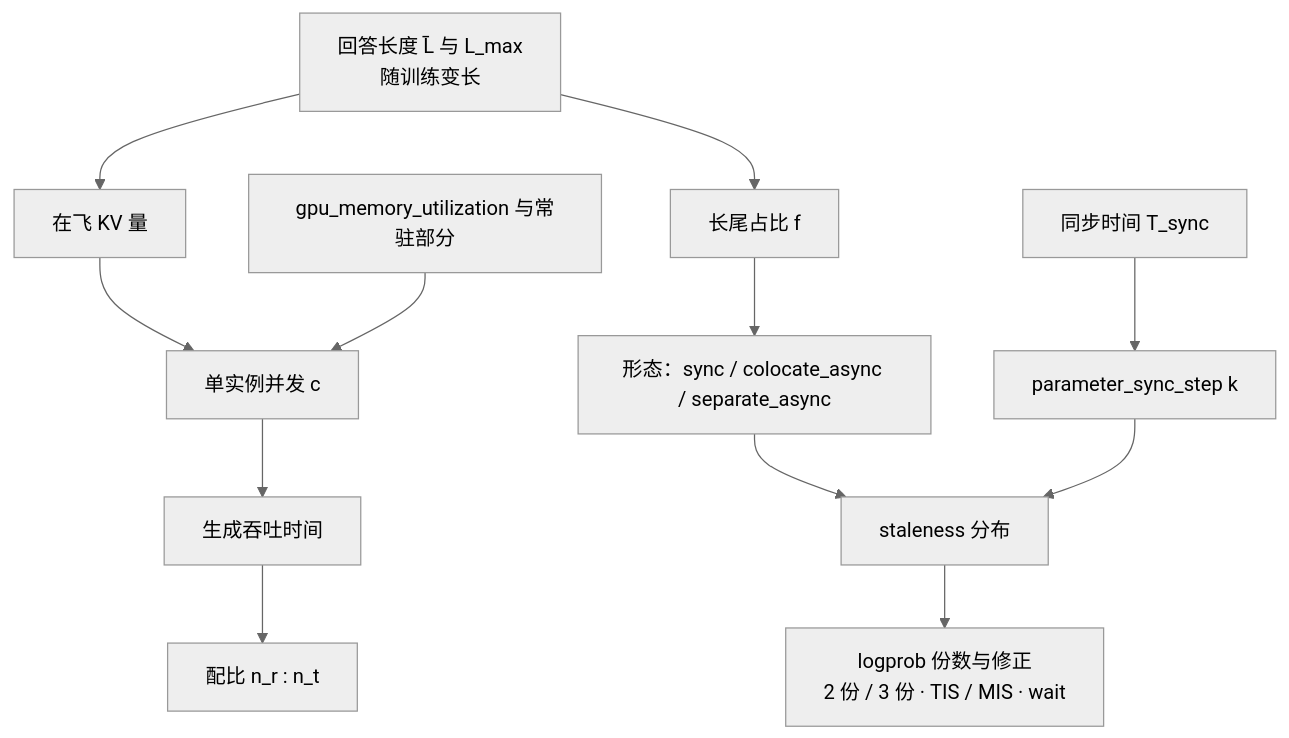
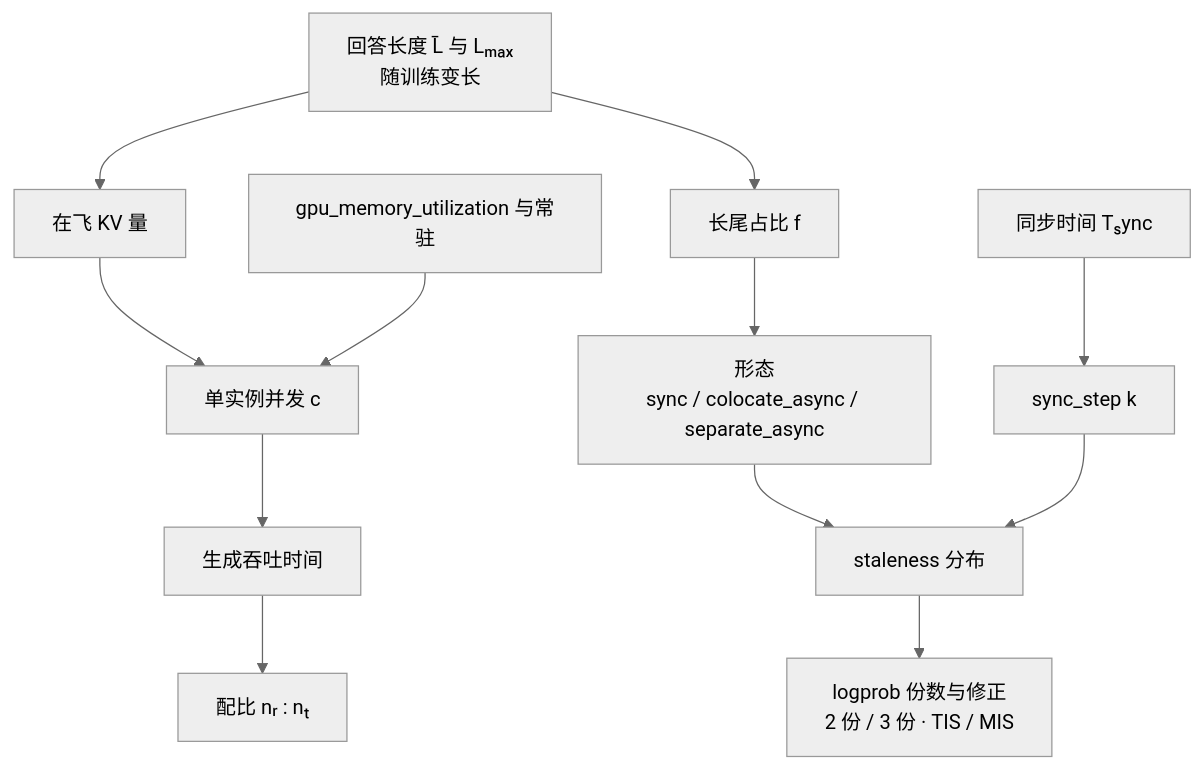
One commit to arganzheng/arganzheng.github.com changed the second of 2 diagrams in slides/2026-09-03-rl-post-training-infra.md. Above: the diagram before and after it, drawn with Mermaid (neutral theme). The commit also changed other lines of this file, not shown here.

Commit message:
slides(2026-09-03-rl-post-training-infra): 图内文字 ≥14px——标签缩短/拆分/Unicode 数学

````diff
--- a/slides/2026-09-03-rl-post-training-infra.md
+++ b/slides/2026-09-03-rl-post-training-infra.md
@@ -214,14 +214,14 @@
 ```mermaid
 %%{init: {"flowchart": {"wrappingWidth": 220}}}%%
 flowchart TB
-    L["回答长度 L̄ 与 L_max<br/>随训练变长"] --> KV["在飞 KV 量"]
+    L["回答长度 L̄ 与 Lₘₐₓ<br/>随训练变长"] --> KV["在飞 KV 量"]
     L --> F["长尾占比 f"]
     KV --> C["单实例并发 c"]
-    U["gpu_memory_utilization 与常驻部分"] --> C
+    U["gpu_memory_utilization 与常驻"] --> C
     C --> TG["生成吞吐时间"]
-    F --> TOPO["形态：sync / colocate_async / separate_async"]
-    TG --> R["配比 n_r : n_t"]
+    F --> TOPO["形态<br/>sync / colocate_async / separate_async"]
+    TG --> R["配比 nᵣ : nₜ"]
     TOPO --> S["staleness 分布"]
-    TS["同步时间 T_sync"] --> K["parameter_sync_step k"] --> S
-    S --> LP["logprob 份数与修正<br/>2 份 / 3 份 · TIS / MIS · wait"]
+    TS["同步时间 Tₛync"] --> K["sync_step k"] --> S
+    S --> LP["logprob 份数与修正<br/>2 份 / 3 份 · TIS / MIS"]
 ```
````
